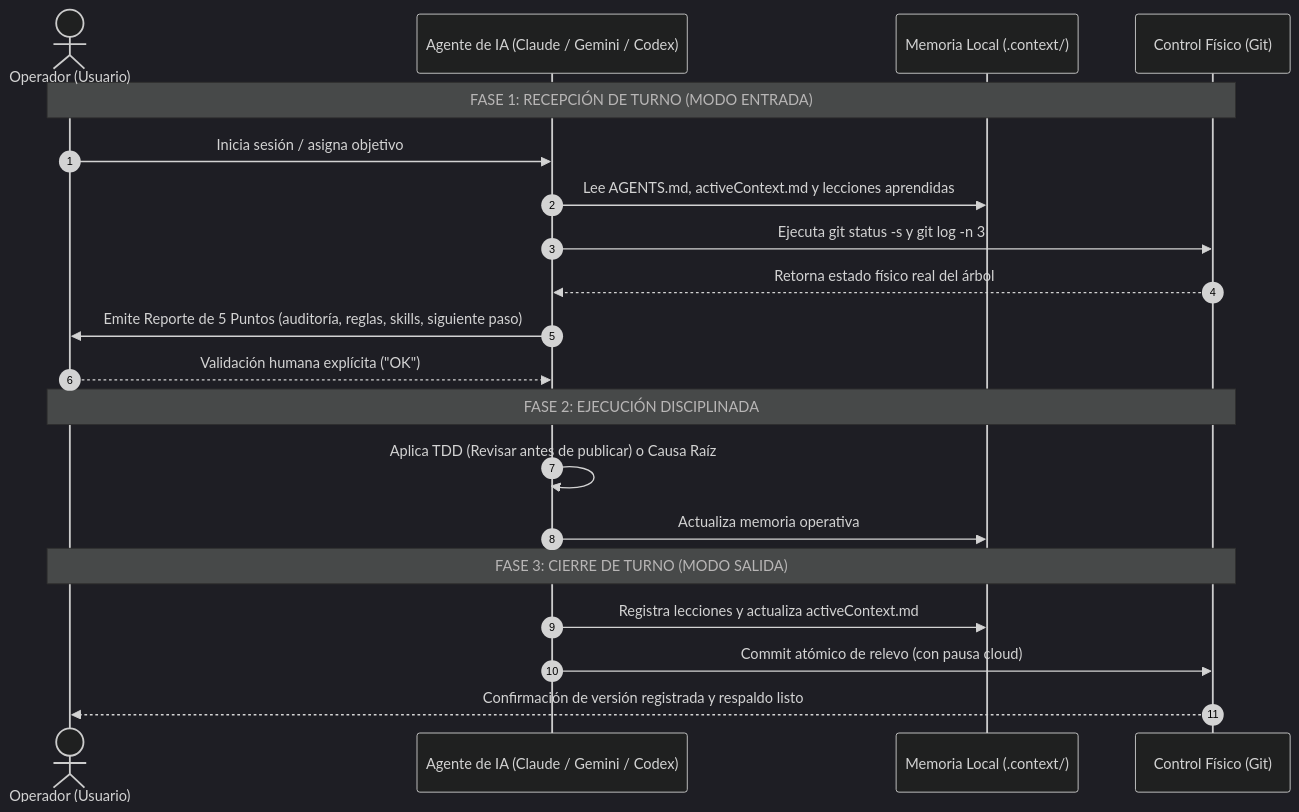
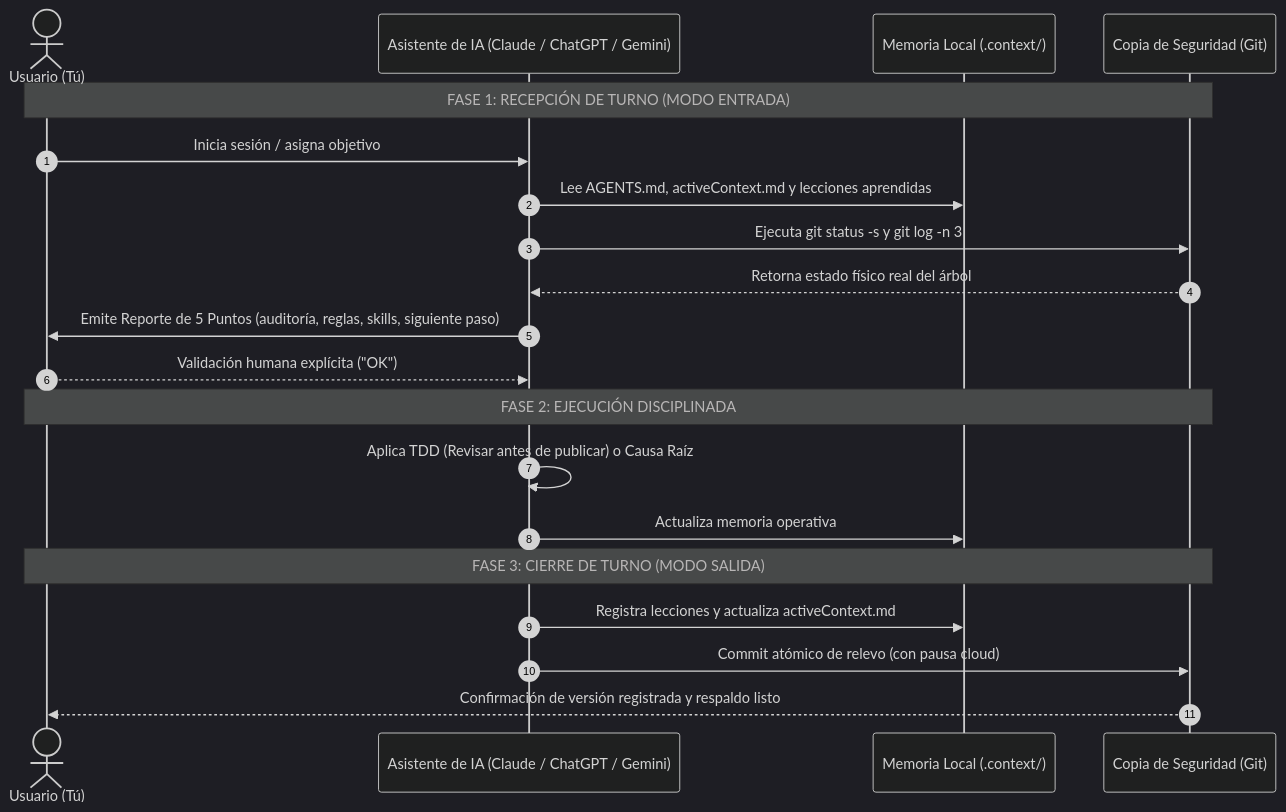
One commit to eddvasquez/agent-ops-core changed the fourth of 4 diagrams in README.md. Above: the diagram before and after it, drawn with Mermaid. The commit also changed other lines of this file, not shown here.

Commit message:
docs(interlude): purgar jerga tecnocratica (arneses, equipos de IA, operador, control fisico) por lenguaje natural de negocios

````diff
--- a/README.md
+++ b/README.md
@@ -253,26 +253,26 @@
 ```mermaid
 %%{init: {'theme': 'dark', 'themeVariables': { 'fontSize': '14px' }, 'sequence': { 'actorFontSize': '14px', 'messageFontSize': '13px', 'noteFontSize': '12px', 'width': 170 }}}%%
 sequenceDiagram
     autonumber
-    actor U as Operador (Usuario)
-    participant IA as Agente de IA (Claude / Gemini / Codex)
+    actor U as Usuario (Tú)
+    participant IA as Asistente de IA (Claude / ChatGPT / Gemini)
     participant CTX as Memoria Local (.context/)
-    participant GIT as Control Físico (Git)
+    participant GIT as Copia de Seguridad (Git)
 
     Note over U,GIT: FASE 1: RECEPCIÓN DE TURNO (MODO ENTRADA)
     U->>IA: Inicia sesión / asigna objetivo
     IA->>CTX: Lee AGENTS.md, activeContext.md y lecciones aprendidas
     IA->>GIT: Ejecuta git status -s y git log -n 3
     GIT-->>IA: Retorna estado físico real del árbol
     IA->>U: Emite Reporte de 5 Puntos (auditoría, reglas, skills, siguiente paso)
     U-->>IA: Validación humana explícita ("OK")
 
     Note over U,GIT: FASE 2: EJECUCIÓN DISCIPLINADA
     IA->>IA: Aplica TDD (Revisar antes de publicar) o Causa Raíz
     IA->>CTX: Actualiza memoria operativa
 
     Note over U,GIT: FASE 3: CIERRE DE TURNO (MODO SALIDA)
     IA->>CTX: Registra lecciones y actualiza activeContext.md
     IA->>GIT: Commit atómico de relevo (con pausa cloud)
     GIT-->>U: Confirmación de versión registrada y respaldo listo
 ```
````
